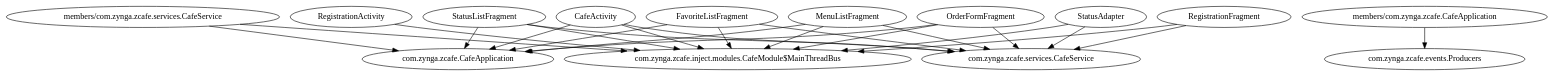
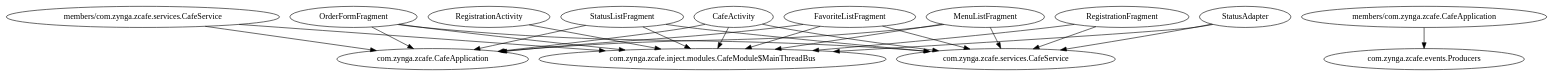
One commit to jprimas/zCafe changed the diagram in zCafe/.apt_generated/com/zynga/zcafe/inject/modules/CafeModule.dot. Above: the diagram before and after it, drawn with Graphviz. The commit also changed 13 other files, not shown here.

```diff
--- a/zCafe/.apt_generated/com/zynga/zcafe/inject/modules/CafeModule.dot
+++ b/zCafe/.apt_generated/com/zynga/zcafe/inject/modules/CafeModule.dot
@@ -1,32 +1,32 @@
 digraph G1 {
   concentrate = true;
-  n2 [label="com.zynga.zcafe.inject.modules.CafeModule$MainThreadBus"];
+  n2 [label="com.zynga.zcafe.CafeApplication"];
   CafeActivity -> n2;
-  n3 [label="com.zynga.zcafe.CafeApplication"];
+  n3 [label="com.zynga.zcafe.services.CafeService"];
   CafeActivity -> n3;
-  n4 [label="com.zynga.zcafe.services.CafeService"];
+  n4 [label="com.zynga.zcafe.inject.modules.CafeModule$MainThreadBus"];
   CafeActivity -> n4;
   FavoriteListFragment -> n2;
   FavoriteListFragment -> n3;
   FavoriteListFragment -> n4;
   MenuListFragment -> n2;
   MenuListFragment -> n3;
   MenuListFragment -> n4;
   OrderFormFragment -> n2;
   OrderFormFragment -> n3;
   OrderFormFragment -> n4;
-  RegistrationActivity -> n2;
-  RegistrationFragment -> n2;
+  RegistrationActivity -> n4;
+  RegistrationFragment -> n3;
   RegistrationFragment -> n4;
-  StatusAdapter -> n2;
+  StatusAdapter -> n3;
   StatusAdapter -> n4;
   StatusListFragment -> n2;
   StatusListFragment -> n3;
   StatusListFragment -> n4;
   n5 [label="members/com.zynga.zcafe.CafeApplication"];
   n6 [label="com.zynga.zcafe.events.Producers"];
   n5 -> n6;
   n7 [label="members/com.zynga.zcafe.services.CafeService"];
-  n7 -> n3;
   n7 -> n2;
+  n7 -> n4;
 }
```
